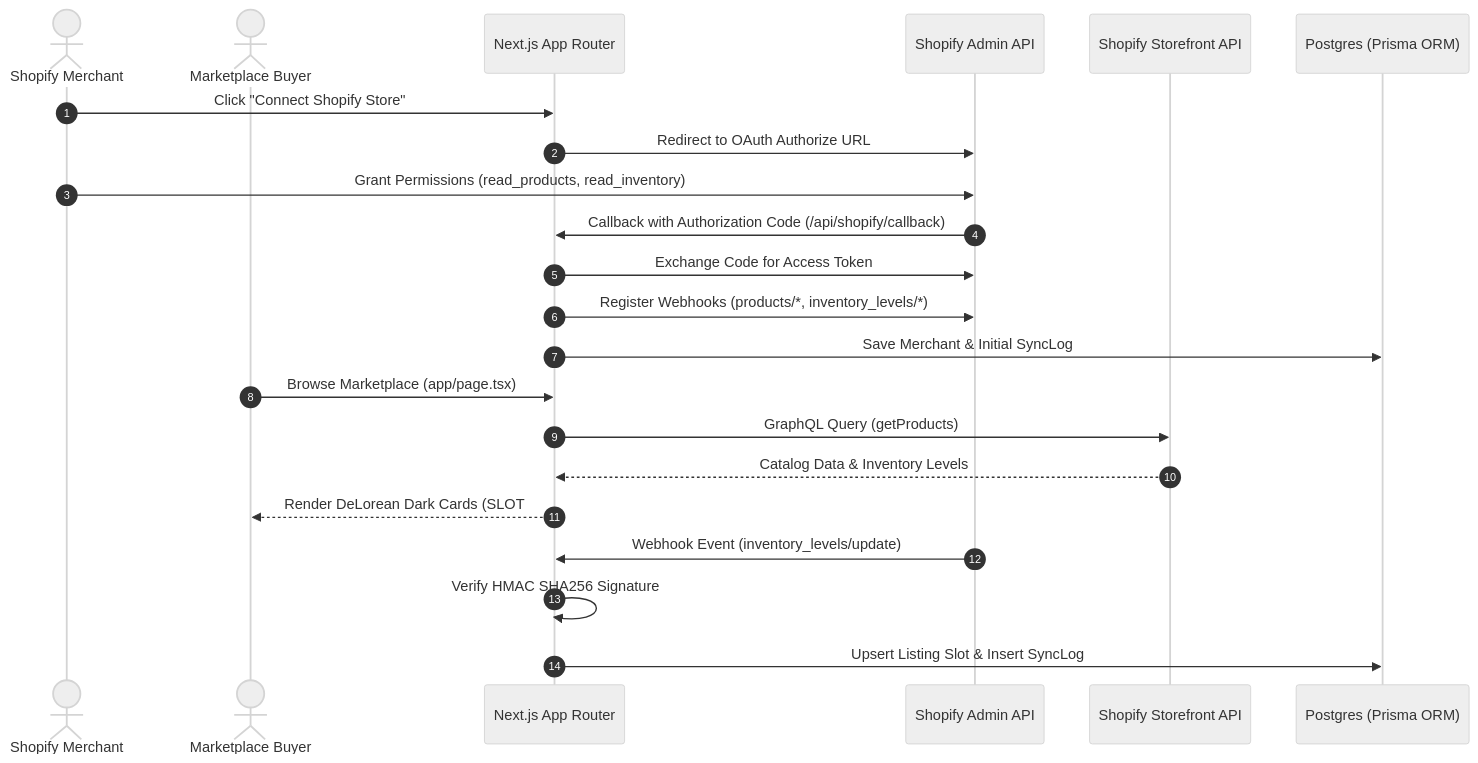
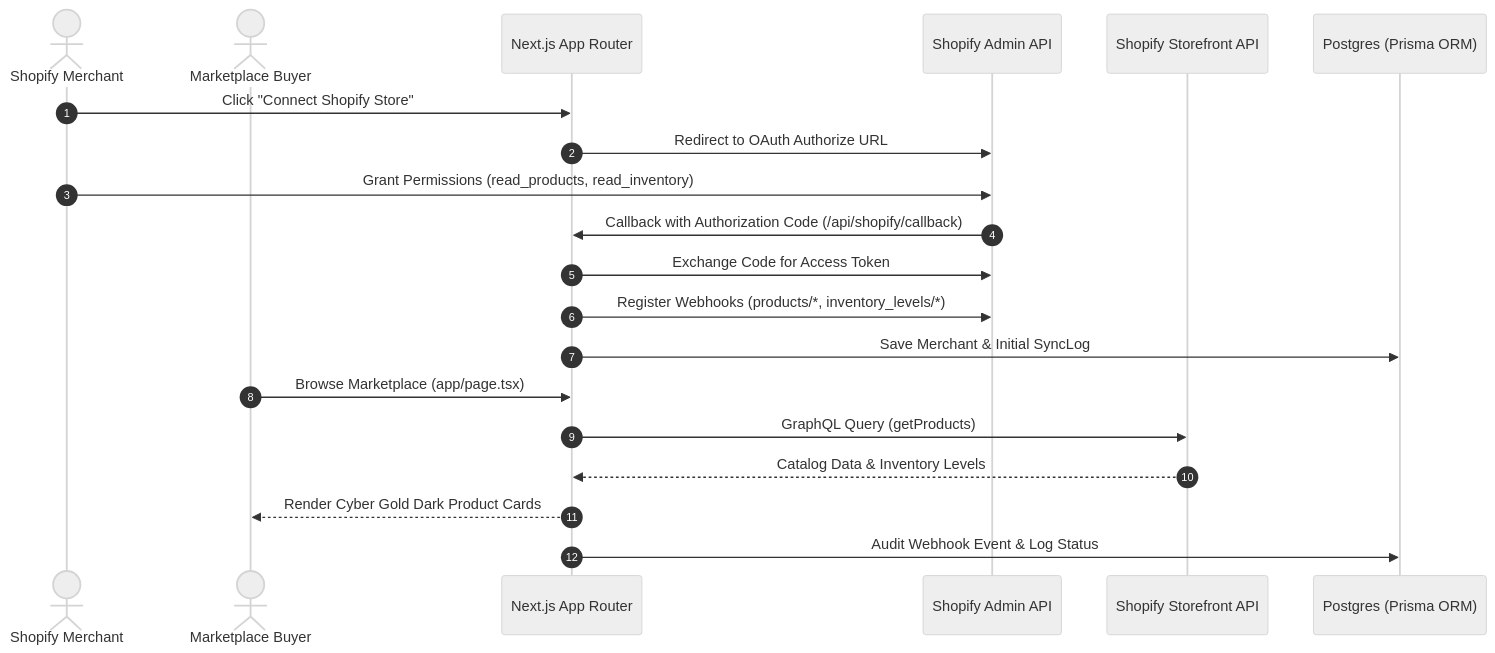
One commit to Prodman-MU/dropshipping-marketplace changed the diagram in docs/ARCHITECTURE.md. Above: the diagram before and after it, drawn with Mermaid (neutral theme). The commit also changed other lines of this file and 15 other files, not shown here.

````diff
--- a/docs/ARCHITECTURE.md
+++ b/docs/ARCHITECTURE.md
@@ -11,30 +11,26 @@
 ```mermaid
 sequenceDiagram
     autonumber
     actor Merchant as Shopify Merchant
     actor Buyer as Marketplace Buyer
     participant App as Next.js App Router
     participant ShopifyAdmin as Shopify Admin API
     participant ShopifySF as Shopify Storefront API
     participant DB as Postgres (Prisma ORM)
 
     %% Merchant OAuth Connection
     Merchant->>App: Click "Connect Shopify Store"
     App->>ShopifyAdmin: Redirect to OAuth Authorize URL
     Merchant->>ShopifyAdmin: Grant Permissions (read_products, read_inventory)
     ShopifyAdmin->>App: Callback with Authorization Code (/api/shopify/callback)
     App->>ShopifyAdmin: Exchange Code for Access Token
     App->>ShopifyAdmin: Register Webhooks (products/*, inventory_levels/*)
     App->>DB: Save Merchant & Initial SyncLog
 
     %% Buyer Browsing & Real-Time Sync
     Buyer->>App: Browse Marketplace (app/page.tsx)
     App->>ShopifySF: GraphQL Query (getProducts)
     ShopifySF-->>App: Catalog Data & Inventory Levels
-    App-->>Buyer: Render DeLorean Dark Cards (SLOT #001)
-
-    %% Webhook Event Loop
-    ShopifyAdmin->>App: Webhook Event (inventory_levels/update)
-    App->>App: Verify HMAC SHA256 Signature
-    App->>DB: Upsert Listing Slot & Insert SyncLog
+    App-->>Buyer: Render Cyber Gold Dark Product Cards
+    App->>DB: Audit Webhook Event & Log Status
 ```
````
